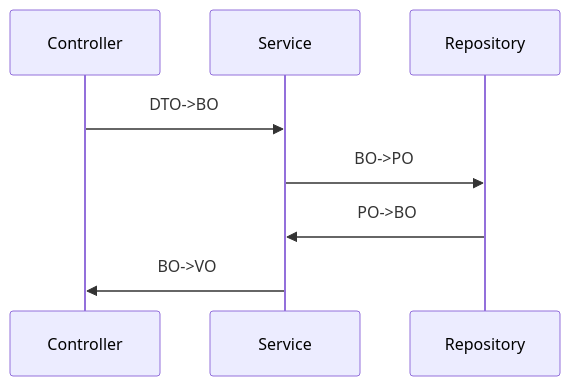
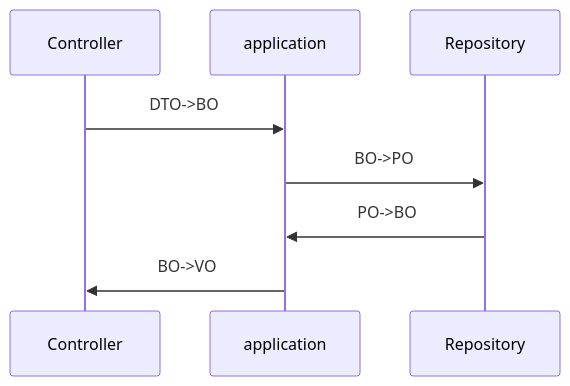
Before and after one commit to edisonwd/myblog: the fourth of 4 diagrams in docs/springboot/springboot项目中 PO BO VO DTO POJO DAO概念及其作用（附转换图）.md, drawn with Mermaid. The commit also changed other lines of this file, not shown here.

Commit message:
Update springboot项目中 PO BO VO DTO POJO DAO概念及其作用（附转换图）.md

````diff
--- a/docs/springboot/springboot项目中 PO BO VO DTO POJO DAO概念及其作用（附转换图）.md
+++ b/docs/springboot/springboot项目中 PO BO VO DTO POJO DAO概念及其作用（附转换图）.md
@@ -399,7 +399,7 @@
    ```mermaid
    sequenceDiagram
-       Controller->>Service: DTO->BO
-       Service->>Repository: BO->PO
-       Repository->>Service: PO->BO
-       Service->>Controller: BO->VO
+       Controller->>application: DTO->BO
+       application->>Repository: BO->PO
+       Repository->>application: PO->BO
+       application->>Controller: BO->VO
    ```
````
